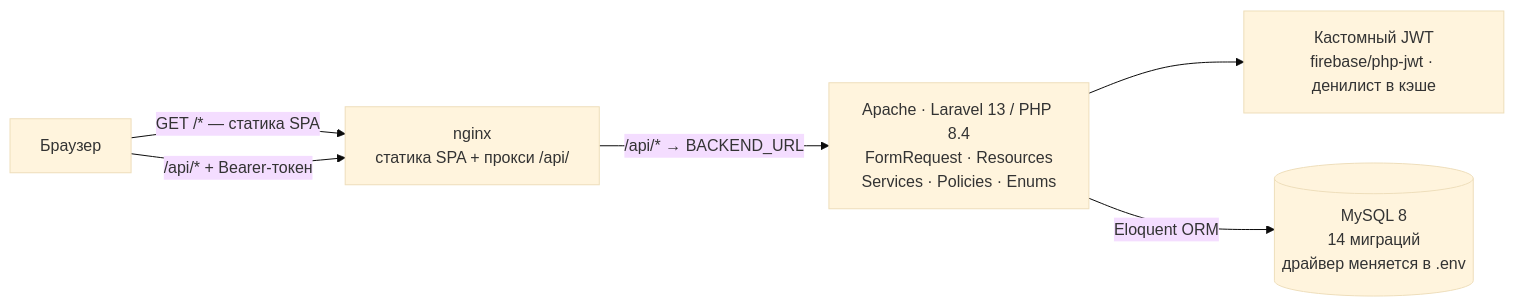
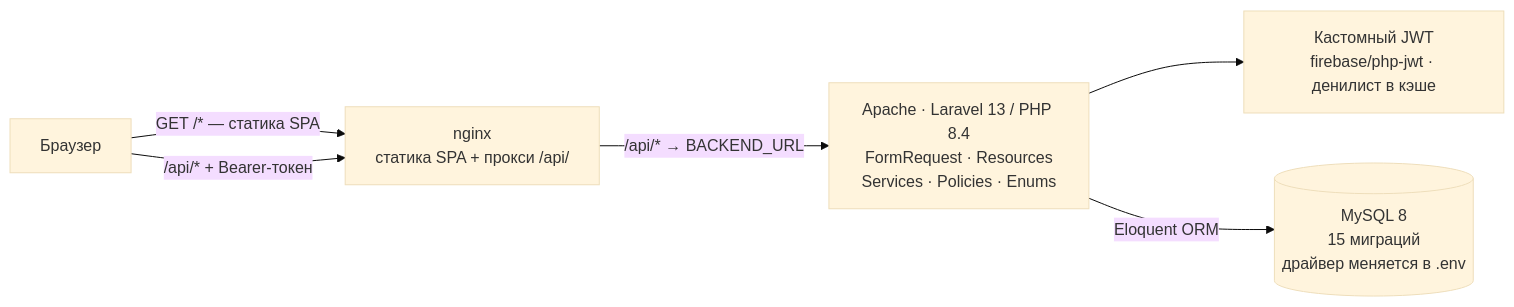
One commit to bagavund/incident changed the first of 5 diagrams in SYSTEM_ANALYSIS.md. Above: the diagram before and after it, drawn with Mermaid (base theme). The commit also changed other lines of this file and 9 other files, not shown here.

````diff
--- a/SYSTEM_ANALYSIS.md
+++ b/SYSTEM_ANALYSIS.md
@@ -129,14 +129,14 @@
 ```mermaid
 flowchart LR
     BROWSER["Браузер"]
     NGINX["nginx<br/>статика SPA + прокси /api/"]
     APACHE["Apache · Laravel 13 / PHP 8.4<br/>FormRequest · Resources<br/>Services · Policies · Enums"]
     JWT["Кастомный JWT<br/>firebase/php-jwt · денилист в кэше"]
-    DB[("MySQL 8<br/>14 миграций<br/>драйвер меняется в .env")]
+    DB[("MySQL 8<br/>15 миграций<br/>драйвер меняется в .env")]
 
     BROWSER -- "GET /* — статика SPA" --> NGINX
     BROWSER -- "/api/* + Bearer-токен" --> NGINX
     NGINX -- "/api/*  →  BACKEND_URL" --> APACHE
     APACHE --> JWT
     APACHE -- "Eloquent ORM" --> DB
 ```
````
